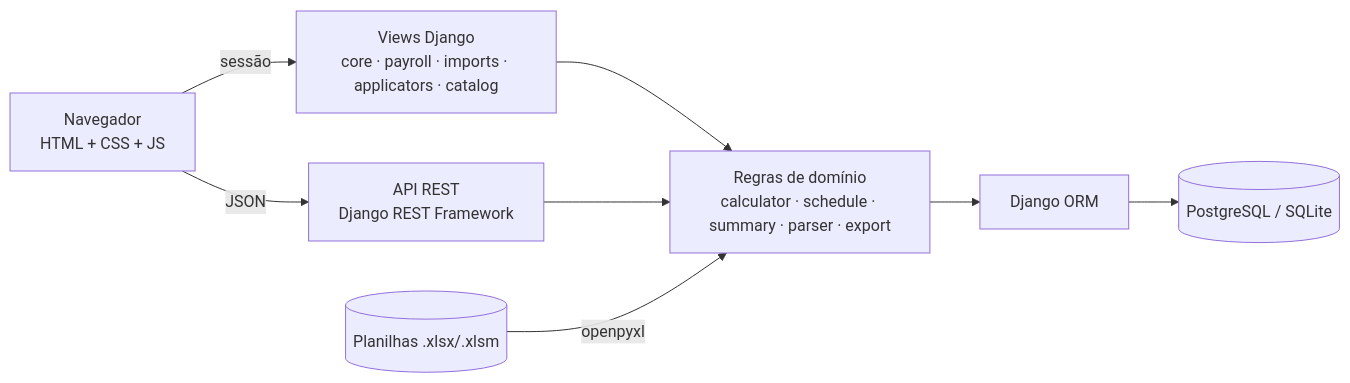
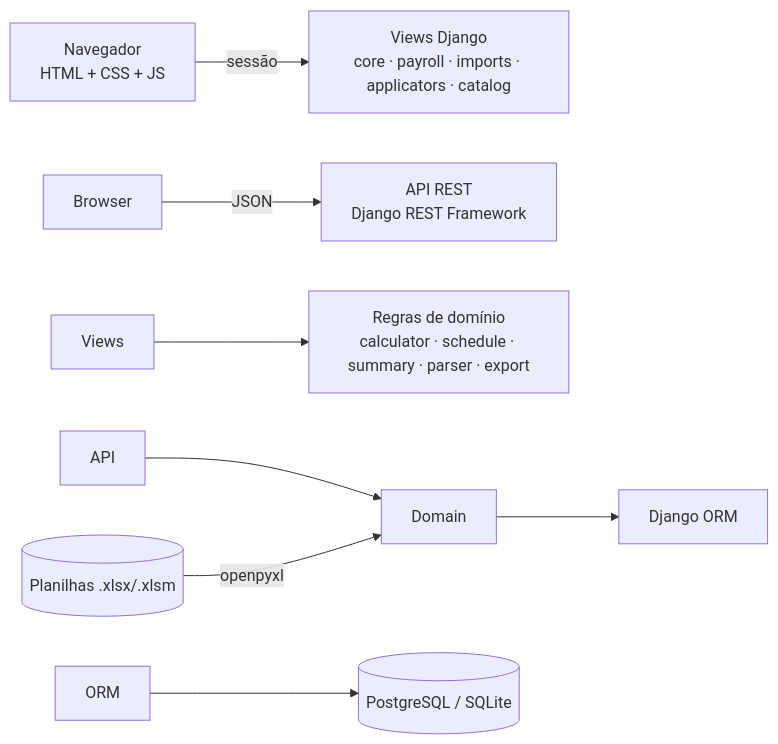
One commit to bernardozschaber/prova-pay changed the third of 3 diagrams in README.md. Above: the diagram before and after it, drawn with Mermaid. The commit also changed other lines of this file and 13 other files, not shown here.

````diff
--- a/README.md
+++ b/README.md
@@ -184,10 +184,10 @@
 ```mermaid
 flowchart LR
-    Browser[Navegador<br/>HTML + CSS + JS] -->|sessão| Views[Views Django<br/>core · payroll · imports · applicators · catalog]
-    Browser -->|JSON| API[API REST<br/>Django REST Framework]
-    Views --> Domain[Regras de domínio<br/>calculator · schedule · summary · parser · export]
+    Browser\\\[Navegador<br/>HTML + CSS + JS] -->|sessão| Views\\\[Views Django<br/>core · payroll · imports · applicators · catalog]
+    Browser -->|JSON| API\\\[API REST<br/>Django REST Framework]
+    Views --> Domain\\\[Regras de domínio<br/>calculator · schedule · summary · parser · export]
     API --> Domain
-    Domain --> ORM[Django ORM]
-    ORM --> DB[(PostgreSQL / SQLite)]
-    Excel[(Planilhas .xlsx/.xlsm)] -->|openpyxl| Domain
+    Domain --> ORM\\\[Django ORM]
+    ORM --> DB\\\[(PostgreSQL / SQLite)]
+    Excel\\\[(Planilhas .xlsx/.xlsm)] -->|openpyxl| Domain
 ```
````
